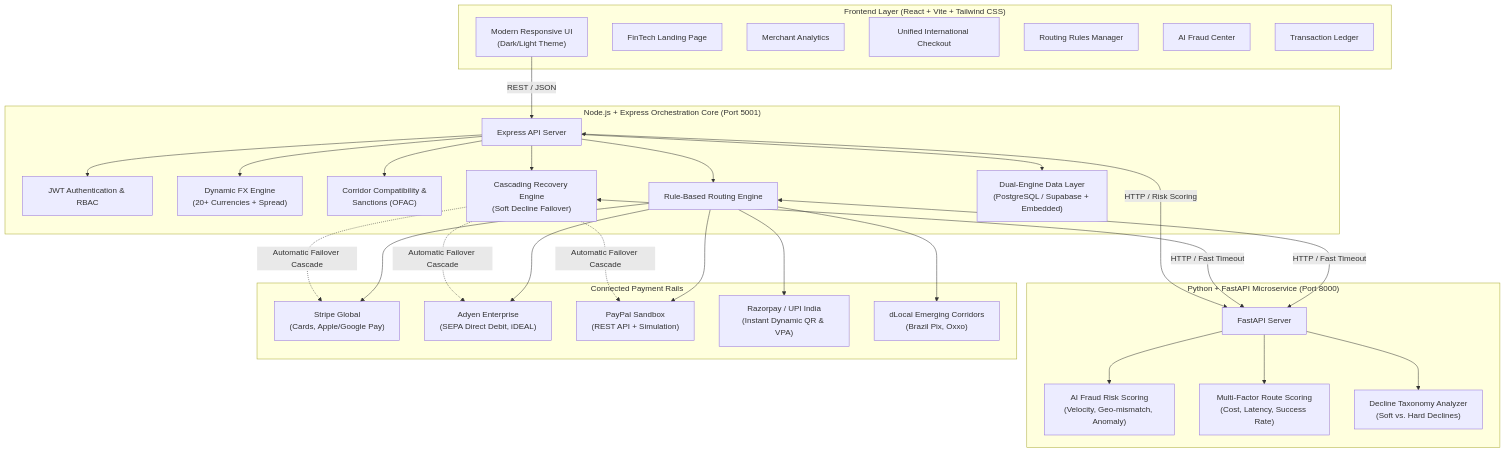
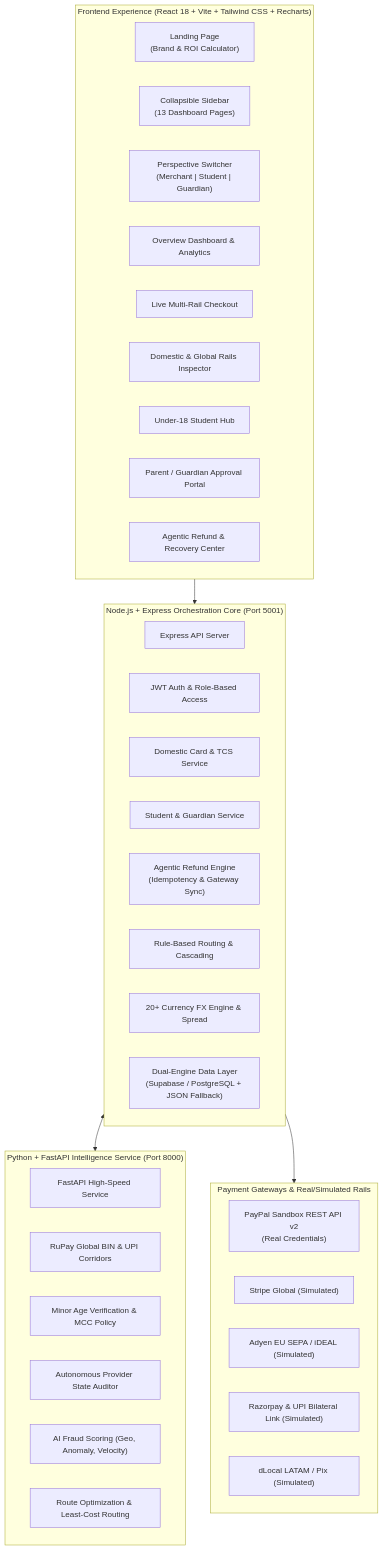
One commit to harshkumar9000/international-payment-orchestration changed the diagram in README.md. Above: the diagram before and after it, drawn with Mermaid. The commit also changed other lines of this file and 45 other files, not shown here.

First line of the commit message:
Add student, domestic rail, and refund workflows

````diff
--- a/README.md
+++ b/README.md
@@ -16,63 +19,46 @@
 ```mermaid
 flowchart TD
-    subgraph Client ["Frontend Layer (React + Vite + Tailwind CSS)"]
-        UI["Modern Responsive UI\n(Dark/Light Theme)"]
-        Landing["FinTech Landing Page"]
-        Dash["Merchant Analytics"]
-        Checkout["Unified International Checkout"]
-        RulesUI["Routing Rules Manager"]
-        FraudUI["AI Fraud Center"]
-        LedgerUI["Transaction Ledger"]
+    subgraph UI ["Frontend Experience (React 18 + Vite + Tailwind CSS + Recharts)"]
+        Landing["Landing Page\n(Brand & ROI Calculator)"]
+        Sidebar["Collapsible Sidebar\n(13 Dashboard Pages)"]
+        RoleSwitcher["Perspective Switcher\n(Merchant | Student | Guardian)"]
+        DashView["Overview Dashboard & Analytics"]
+        CheckoutView["Live Multi-Rail Checkout"]
+        CompatView["Domestic & Global Rails Inspector"]
+        StudentView["Under-18 Student Hub"]
+        GuardianView["Parent / Guardian Approval Portal"]
+        RefundView["Agentic Refund & Recovery Center"]
     end
 
-    subgraph Backend ["Node.js + Express Orchestration Core (Port 5001)"]
+    subgraph CoreBackend ["Node.js + Express Orchestration Core (Port 5001)"]
         Server["Express API Server"]
-        AuthMiddleware["JWT Authentication & RBAC"]
-        CurrencyEng["Dynamic FX Engine\n(20+ Currencies + Spread)"]
-        CompatEng["Corridor Compatibility &\nSanctions (OFAC)"]
-        RouterService["Rule-Based Routing Engine"]
-        RecoveryEng["Cascading Recovery Engine\n(Soft Decline Failover)"]
-        DBBridge["Dual-Engine Data Layer\n(PostgreSQL / Supabase + Embedded)"]
+        AuthRBAC["JWT Auth & Role-Based Access"]
+        DomesticService["Domestic Card & TCS Service"]
+        StudentService["Student & Guardian Service"]
+        AgenticRefundService["Agentic Refund Engine\n(Idempotency & Gateway Sync)"]
+        RouterEngine["Rule-Based Routing & Cascading"]
+        CurrencyEngine["20+ Currency FX Engine & Spread"]
+        DBLayer["Dual-Engine Data Layer\n(Supabase / PostgreSQL + JSON Fallback)"]
     end
 
-    subgraph Intelligence ["Python + FastAPI Microservice (Port 8000)"]
-        FastAPIApp["FastAPI Server"]
-        FraudEngine["AI Fraud Risk Scoring\n(Velocity, Geo-mismatch, Anomaly)"]
-        RoutingOptimizer["Multi-Factor Route Scoring\n(Cost, Latency, Success Rate)"]
-        RecoveryAnalyzer["Decline Taxonomy Analyzer\n(Soft vs. Hard Declines)"]
+    subgraph IntelligenceService ["Python + FastAPI Intelligence Service (Port 8000)"]
+        FastAPI["FastAPI High-Speed Service"]
+        DomesticCardPy["RuPay Global BIN & UPI Corridors"]
+        StudentEnginePy["Minor Age Verification & MCC Policy"]
+        AgenticRefundPy["Autonomous Provider State Auditor"]
+        FraudPy["AI Fraud Scoring (Geo, Anomaly, Velocity)"]
+        SmartRoutingPy["Route Optimization & Least-Cost Routing"]
     end
 
-    subgraph Rails ["Connected Payment Rails"]
-        Stripe["Stripe Global\n(Cards, Apple/Google Pay)"]
-        Adyen["Adyen Enterprise\n(SEPA Direct Debit, iDEAL)"]
-        PayPal["PayPal Sandbox\n(REST API + Simulation)"]
-        UPI["Razorpay / UPI India\n(Instant Dynamic QR & VPA)"]
-        DLocal["dLocal Emerging Corridors\n(Brazil Pix, Oxxo)"]
+    subgraph GatewayRails ["Payment Gateways & Real/Simulated Rails"]
+        PayPalReal["PayPal Sandbox REST API v2\n(Real Credentials)"]
+        StripeSim["Stripe Global (Simulated)"]
+        AdyenSim["Adyen EU SEPA / iDEAL (Simulated)"]
+        RazorpaySim["Razorpay & UPI Bilateral Link (Simulated)"]
+        DLocalSim["dLocal LATAM / Pix (Simulated)"]
     end
 
-    UI -->|REST / JSON| Server
-    Server --> AuthMiddleware
-    Server --> CurrencyEng
-    Server --> CompatEng
-    Server --> RouterService
-    Server --> RecoveryEng
-    Server --> DBBridge
-
-    RouterService <-->|HTTP / Fast Timeout| FastAPIApp
-    RecoveryEng <-->|HTTP / Fast Timeout| FastAPIApp
-    Server <-->|HTTP / Risk Scoring| FastAPIApp
-
-    FastAPIApp --> FraudEngine
-    FastAPIApp --> RoutingOptimizer
-    FastAPIApp --> RecoveryAnalyzer
-
-    RouterService --> Stripe
-    RouterService --> Adyen
-    RouterService --> PayPal
-    RouterService --> UPI
-    RouterService --> DLocal
-
-    RecoveryEng -.->|Automatic Failover Cascade| Adyen
-    RecoveryEng -.->|Automatic Failover Cascade| Stripe
-    RecoveryEng -.->|Automatic Failover Cascade| PayPal
+    UI --> CoreBackend
+    CoreBackend <--> IntelligenceService
+    CoreBackend --> GatewayRails
 ```
````
